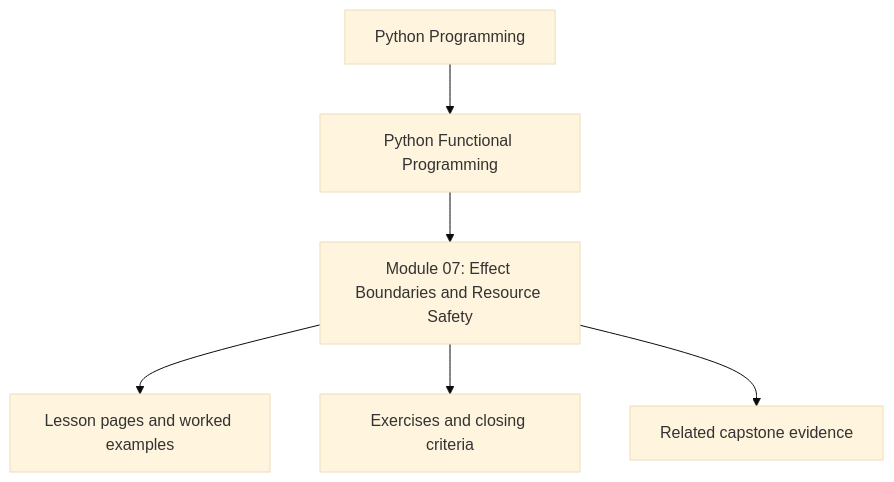
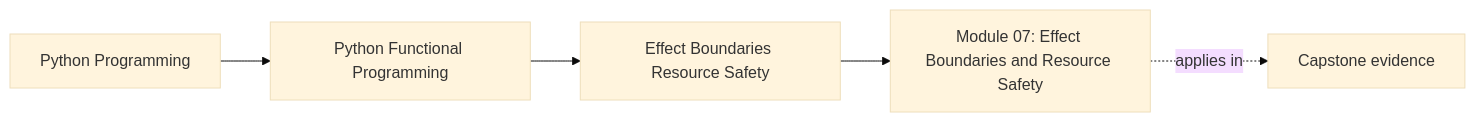
Before and after one commit to bijux/bijux-masterclass: the first of 2 diagrams in programs/python-programming/python-functional-programming/course-book/module-07-effect-boundaries-resource-safety/index.md, drawn with Mermaid (base theme). The commit also changed other lines of this file and 108 other files, not shown here.

Commit message:
docs(python-functional-programming): map capstone and advanced design surfaces

````diff
--- a/programs/python-programming/python-functional-programming/course-book/module-07-effect-boundaries-resource-safety/index.md
+++ b/programs/python-programming/python-functional-programming/course-book/module-07-effect-boundaries-resource-safety/index.md
@@ -7,8 +7,11 @@
 ```mermaid
-flowchart TD
-  family["Python Programming"] --> program["Python Functional Programming"]
-  program --> module["Module 07: Effect Boundaries and Resource Safety"]
-  module --> lessons["Lesson pages and worked examples"]
-  module --> checkpoints["Exercises and closing criteria"]
-  module --> capstone["Related capstone evidence"]
+graph LR
+  family["Python Programming"]
+  program["Python Functional Programming"]
+  section["Effect Boundaries Resource Safety"]
+  page["Module 07: Effect Boundaries and Resource Safety"]
+  capstone["Capstone evidence"]
+
+  family --> program --> section --> page
+  page -.applies in.-> capstone
 ```
````
